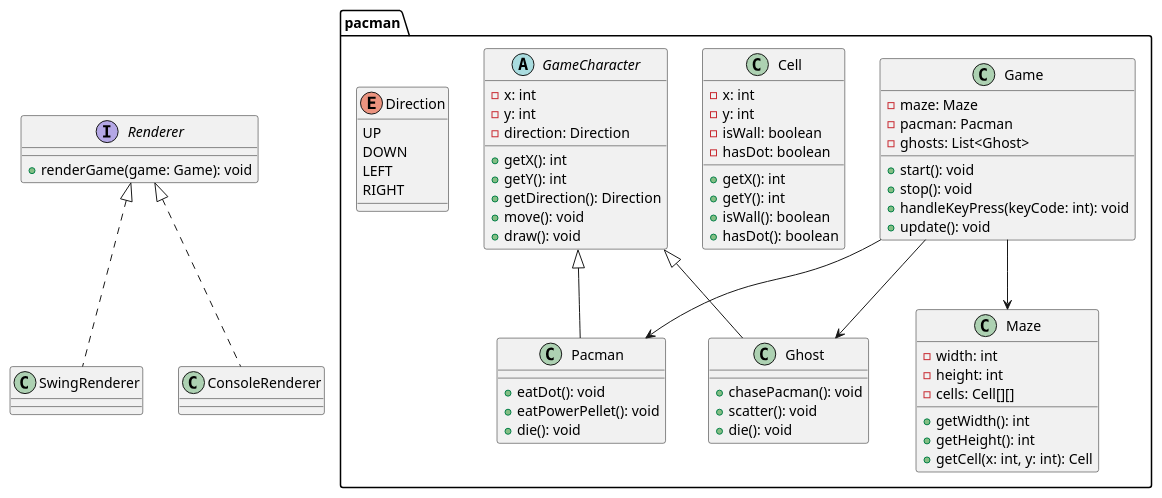
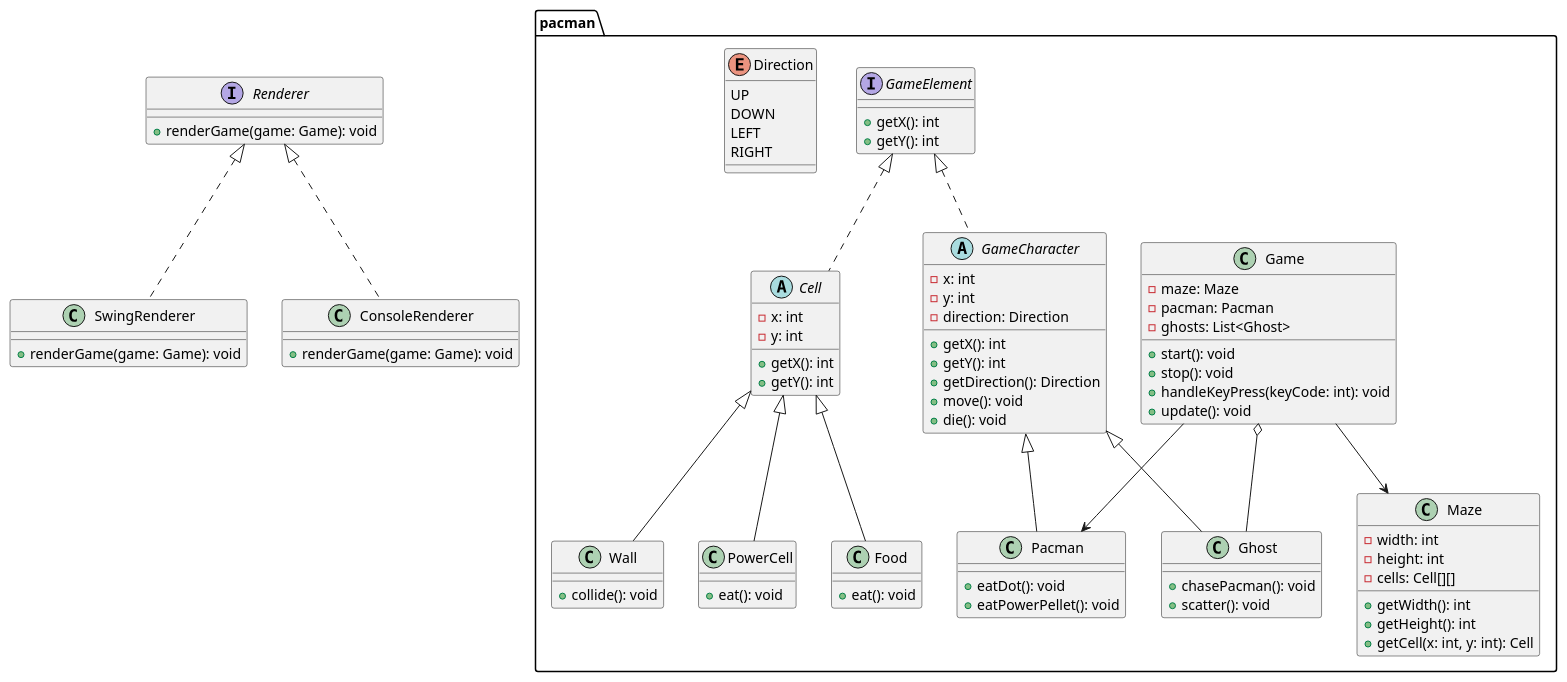
The diagram in pacman/docs/pacmanDiagram.puml (eabol/awesome-projects-prograii), drawn with PlantUML before and after one commit. The commit also changed 2 other files, not shown here.

Commit message:
feature: Created the readme proyect and updated the pacmanDiagram

```diff
--- a/pacman/docs/pacmanDiagram.puml
+++ b/pacman/docs/pacmanDiagram.puml
@@ -1,81 +1,83 @@
 @startuml
-
 package pacman {
-  
   class Game {
     - maze: Maze
     - pacman: Pacman
     - ghosts: List<Ghost>
     + start(): void
     + stop(): void
     + handleKeyPress(keyCode: int): void
     + update(): void
   }
-  
   class Maze {
     - width: int
     - height: int
     - cells: Cell[][]
     + getWidth(): int
     + getHeight(): int
     + getCell(x: int, y: int): Cell
   }
-  
-  class Cell {
+  abstract class Cell implements GameElement{
     - x: int
     - y: int
-    - isWall: boolean
-    - hasDot: boolean
     + getX(): int
     + getY(): int
-    + isWall(): boolean
-    + hasDot(): boolean
   }
-  
-  abstract class GameCharacter {
+  class Food {
+    + eat(): void
+  }
+  class Wall {
+    + collide(): void
+  }
+  class PowerCell {
+    + eat(): void
+  }
+  abstract class GameCharacter implements GameElement {
     - x: int
     - y: int
     - direction: Direction
     + getX(): int
     + getY(): int
     + getDirection(): Direction
     + move(): void
-    + draw(): void
+    + die(): void
   }
-  
   class Pacman {
     + eatDot(): void
     + eatPowerPellet(): void
-    + die(): void
   }
-  
   class Ghost {
     + chasePacman(): void
     + scatter(): void
-    + die(): void
   }
-  
   enum Direction {
     UP
     DOWN
     LEFT
     RIGHT
   }
-  
+  interface GameElement {
+    + getX(): int
+    + getY(): int
+  }
   GameCharacter <|-- Pacman
   GameCharacter <|-- Ghost
-  
   Game --> Maze
   Game --> Pacman
-  Game --> Ghost
-  
+  Game o-- Ghost
+  Cell <|-- Food
+  Cell <|-- Wall
+  Cell <|-- PowerCell
 }
-
 interface Renderer {
   + renderGame(game: Game): void
 }
-
+class SwingRenderer{
+  + renderGame(game: Game): void
+}
+class ConsoleRenderer{
+  + renderGame(game: Game): void
+}
 Renderer <|.. SwingRenderer
 Renderer <|.. ConsoleRenderer
-
 @enduml
```
